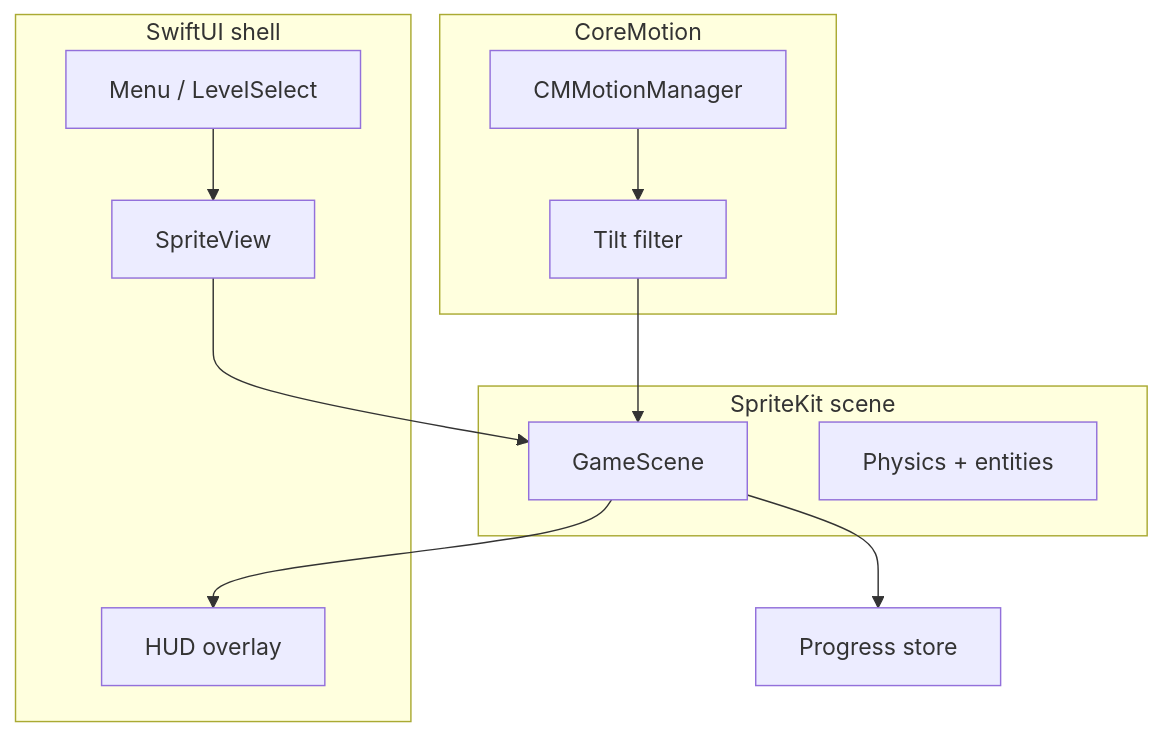
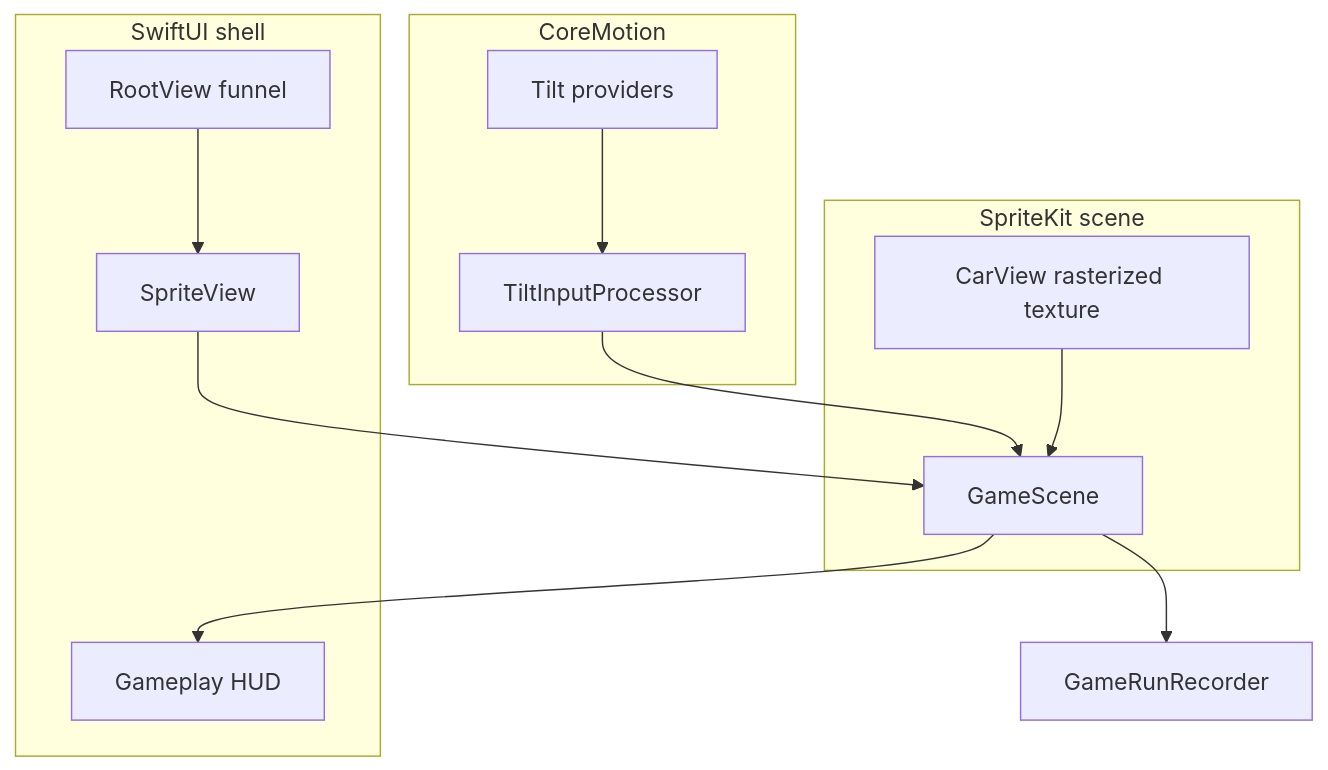
Before and after one commit to fennelouski/Tight-Rope-Car: the diagram in README.md, drawn with Mermaid. The commit also changed other lines of this file and 13 other files, not shown here.

````diff
--- a/README.md
+++ b/README.md
@@ -76,21 +73,22 @@
 ```mermaid
 flowchart TB
   subgraph swiftui [SwiftUI shell]
-    Menu[Menu / LevelSelect]
-    HUD[HUD overlay]
+    Root[RootView funnel]
+    HUD[Gameplay HUD]
     SpriteHost[SpriteView]
   end
   subgraph spritekit [SpriteKit scene]
     Scene[GameScene]
-    Physics[Physics + entities]
+    CarArt[CarView rasterized texture]
   end
   subgraph input [CoreMotion]
-    Motion[CMMotionManager]
-    Filter[Tilt filter]
+    Motion[Tilt providers]
+    Filter[TiltInputProcessor]
   end
   Motion --> Filter --> Scene
-  Menu --> SpriteHost
+  Root --> SpriteHost
   SpriteHost --> Scene
+  CarArt --> Scene
   Scene --> HUD
-  Scene --> ProgressStore[Progress store]
+  Scene --> SwiftData[GameRunRecorder]
 ```
````
